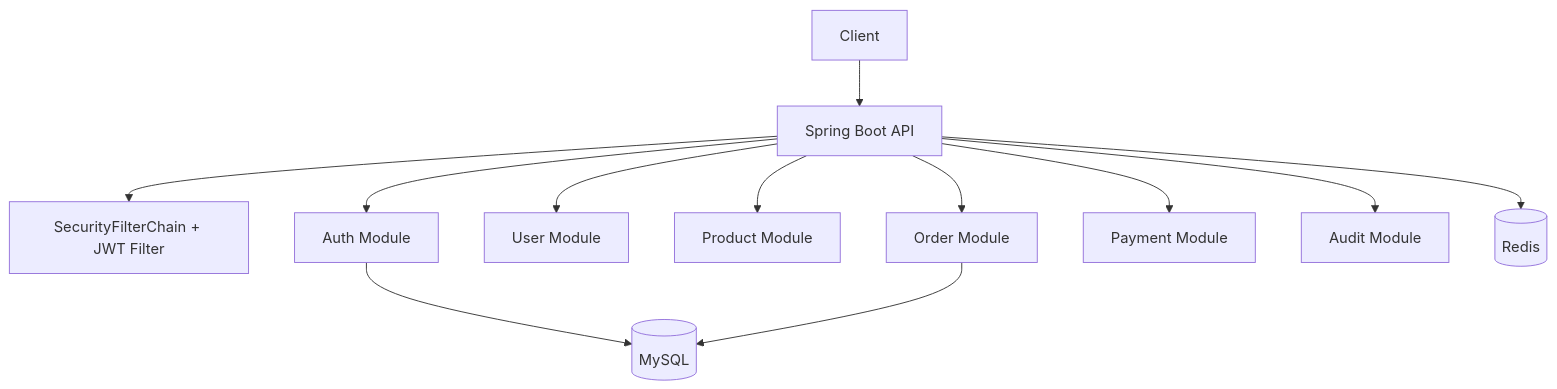
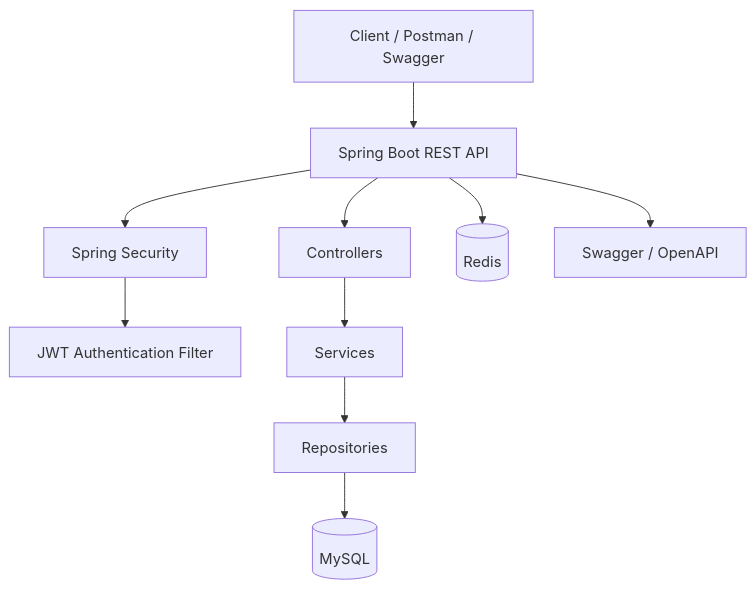
Before and after one commit to nag1542/spring-boot-interview-demo: the third of 3 diagrams in README.md, drawn with Mermaid. The commit also changed other lines of this file and 19 other files, not shown here.

````diff
--- a/README.md
+++ b/README.md
@@ -25,14 +297,12 @@
 ```mermaid
 graph TD
-  Client --> API[Spring Boot API]
-  API --> Security[SecurityFilterChain + JWT Filter]
-  API --> Auth[Auth Module]
-  API --> User[User Module]
-  API --> Product[Product Module]
-  API --> Order[Order Module]
-  API --> Payment[Payment Module]
-  API --> Audit[Audit Module]
-  Auth --> MySQL[(MySQL)]
-  Order --> MySQL
+  Client[Client / Postman / Swagger] --> API[Spring Boot REST API]
+  API --> Security[Spring Security]
+  Security --> JwtFilter[JWT Authentication Filter]
+  API --> Controllers[Controllers]
+  Controllers --> Services[Services]
+  Services --> Repositories[Repositories]
+  Repositories --> MySQL[(MySQL)]
   API --> Redis[(Redis)]
+  API --> OpenAPI[Swagger / OpenAPI]
 ```
````
